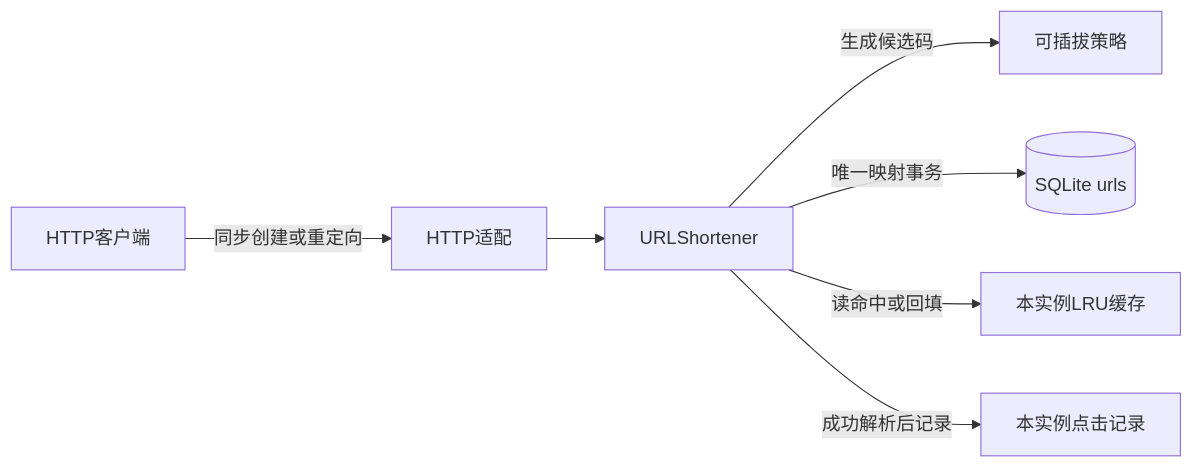
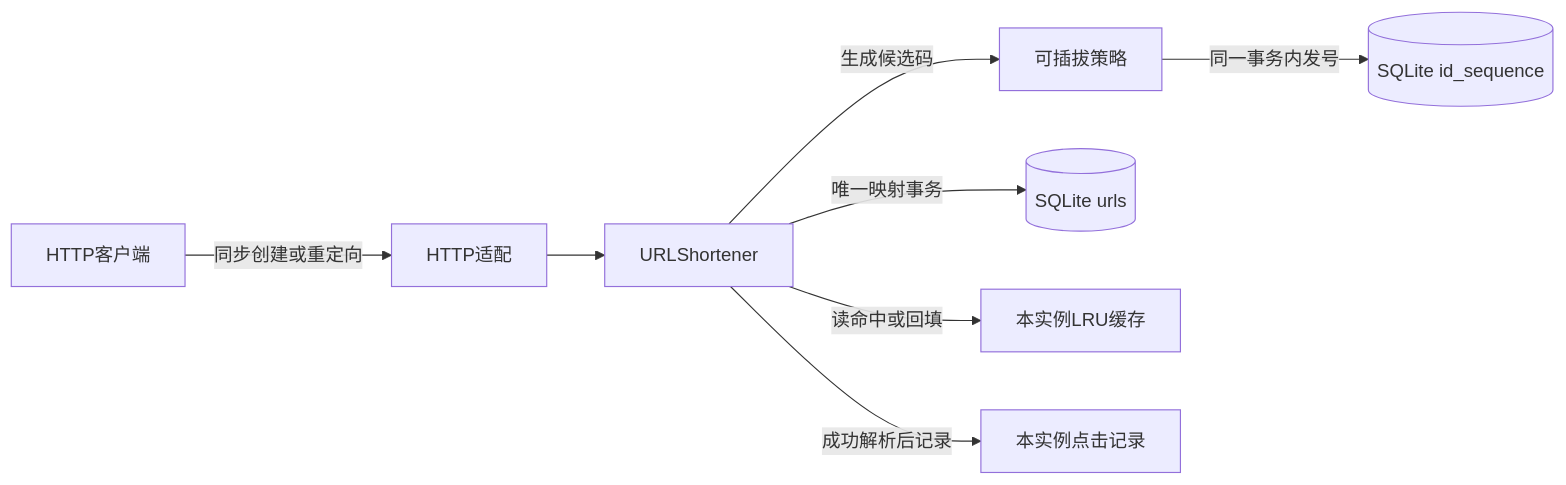
The first of 2 diagrams in url-shortener/docs/learning-guide_cn.md (attackoncs/system-design-impl), drawn with Mermaid before and after one commit. The commit also changed other lines of this file and 53 other files, not shown here.

````diff
--- a/url-shortener/docs/learning-guide_cn.md
+++ b/url-shortener/docs/learning-guide_cn.md
@@ -9,9 +9,10 @@
 ```mermaid
 flowchart LR
   A[HTTP客户端] -->|同步创建或重定向| B[HTTP适配]
   B --> C[URLShortener]
   C -->|生成候选码| D[可插拔策略]
   C -->|唯一映射事务| E[(SQLite urls)]
+  D -->|同一事务内发号| I[(SQLite id_sequence)]
   C -->|读命中或回填| F[本实例LRU缓存]
   C -->|成功解析后记录| G[本实例点击记录]
 ```
````
